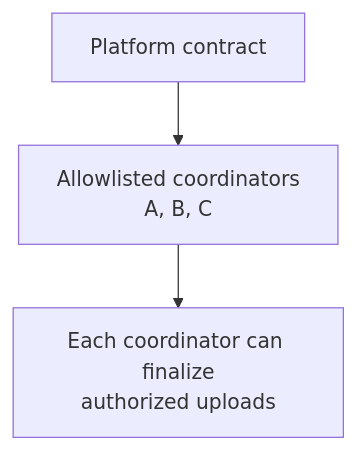
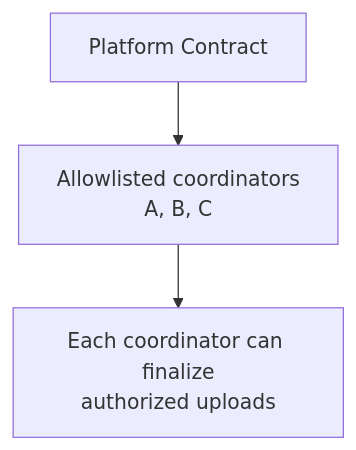
Diagram 13 of 20 in spec.md (FIL-Builders/foc-platform), drawn with Mermaid before and after one commit. The commit also changed other lines of this file, not shown here.

Commit message:
Polish platform stack specification

````diff
--- a/spec.md
+++ b/spec.md
@@ -1069,9 +1082,9 @@
 ```mermaid
 flowchart TD
-  contract["Platform contract"]
+  contract["Platform Contract"]
   coordinators["Allowlisted coordinators<br/>A, B, C"]
   finalize["Each coordinator can finalize<br/>authorized uploads"]
 
   contract --> coordinators
   coordinators --> finalize
 ```
````
